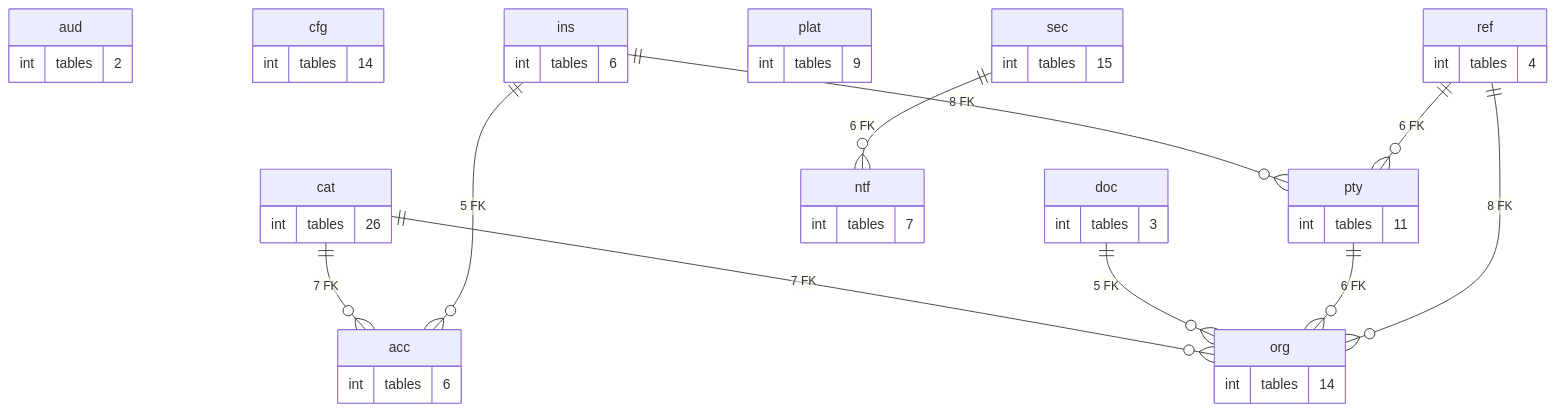
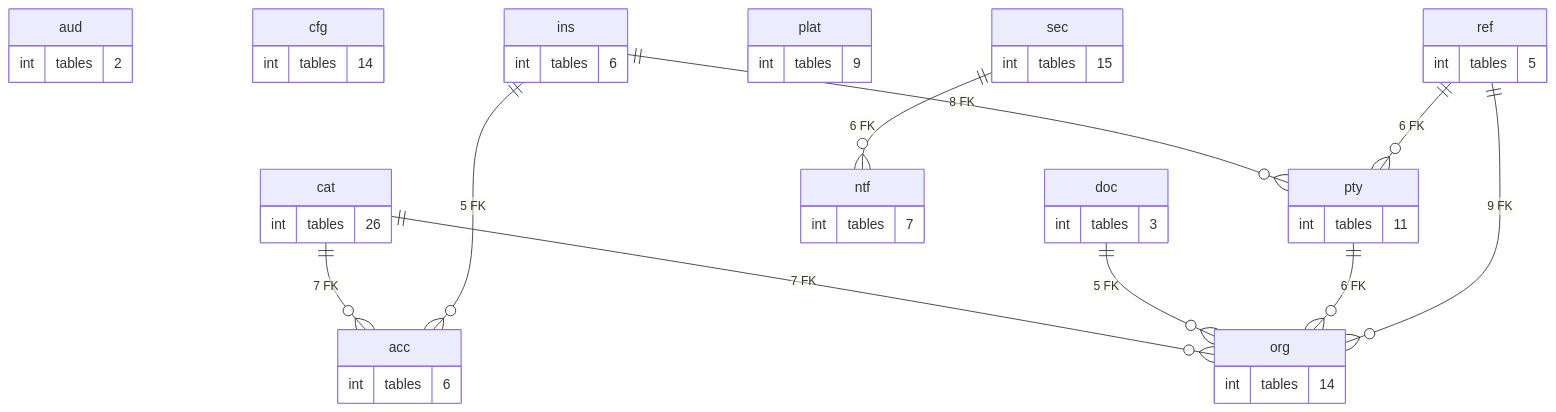
Before and after one commit to thawrasy/smartlines: the diagram in treasury-platform/docs/diagrams/erd/schema_map_1.mmd, drawn with Mermaid. The commit also changed 201 other files, not shown here.

```diff
--- a/treasury-platform/docs/diagrams/erd/schema_map_1.mmd
+++ b/treasury-platform/docs/diagrams/erd/schema_map_1.mmd
@@ -1,47 +1,47 @@
 %% الأساس: المنصة والهوية والمؤسسة والحسابات والإعدادات: العلاقة = عدد المفاتيح الأجنبية بين المخططين (≥ 5)
 erDiagram
   acc {
     int tables "6"
   }
   aud {
     int tables "2"
   }
   cat {
     int tables "26"
   }
   cfg {
     int tables "14"
   }
   doc {
     int tables "3"
   }
   ins {
     int tables "6"
   }
   ntf {
     int tables "7"
   }
   org {
     int tables "14"
   }
   plat {
     int tables "9"
   }
   pty {
     int tables "11"
   }
   ref {
-    int tables "4"
+    int tables "5"
   }
   sec {
     int tables "15"
   }
   cat ||--o{ acc : "7 FK"
   cat ||--o{ org : "7 FK"
   doc ||--o{ org : "5 FK"
   ins ||--o{ acc : "5 FK"
   ins ||--o{ pty : "8 FK"
   pty ||--o{ org : "6 FK"
-  ref ||--o{ org : "8 FK"
+  ref ||--o{ org : "9 FK"
   ref ||--o{ pty : "6 FK"
   sec ||--o{ ntf : "6 FK"
```
